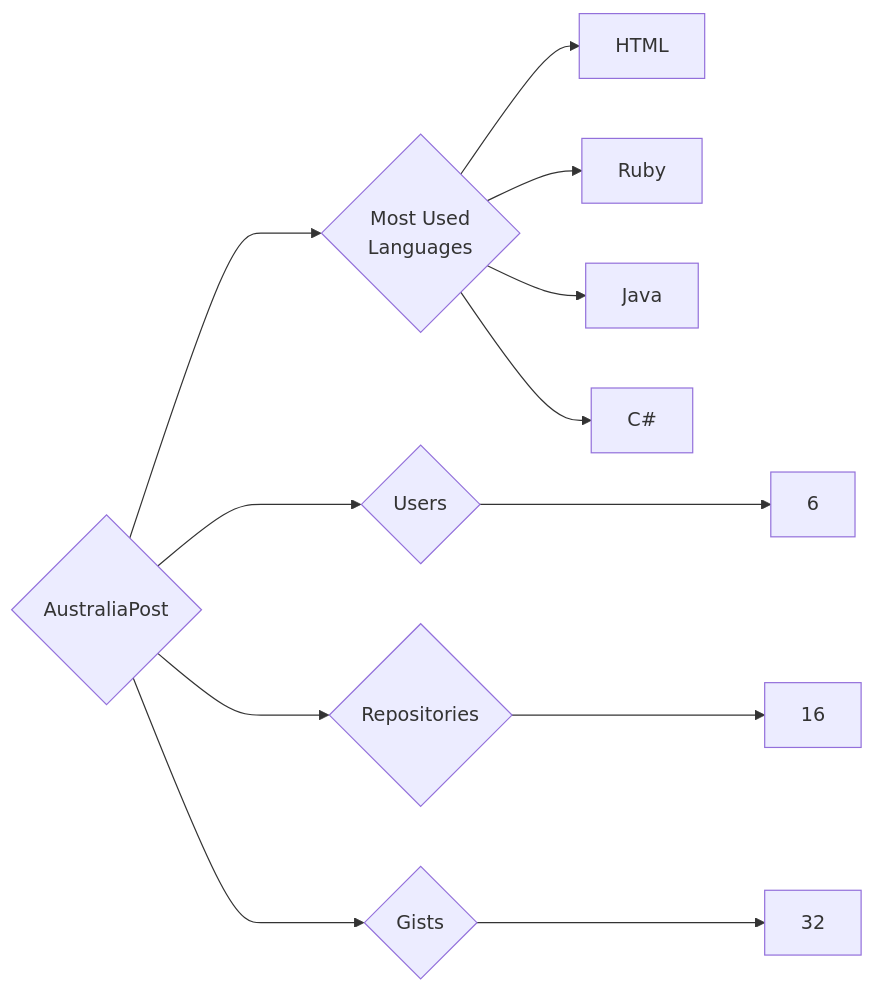
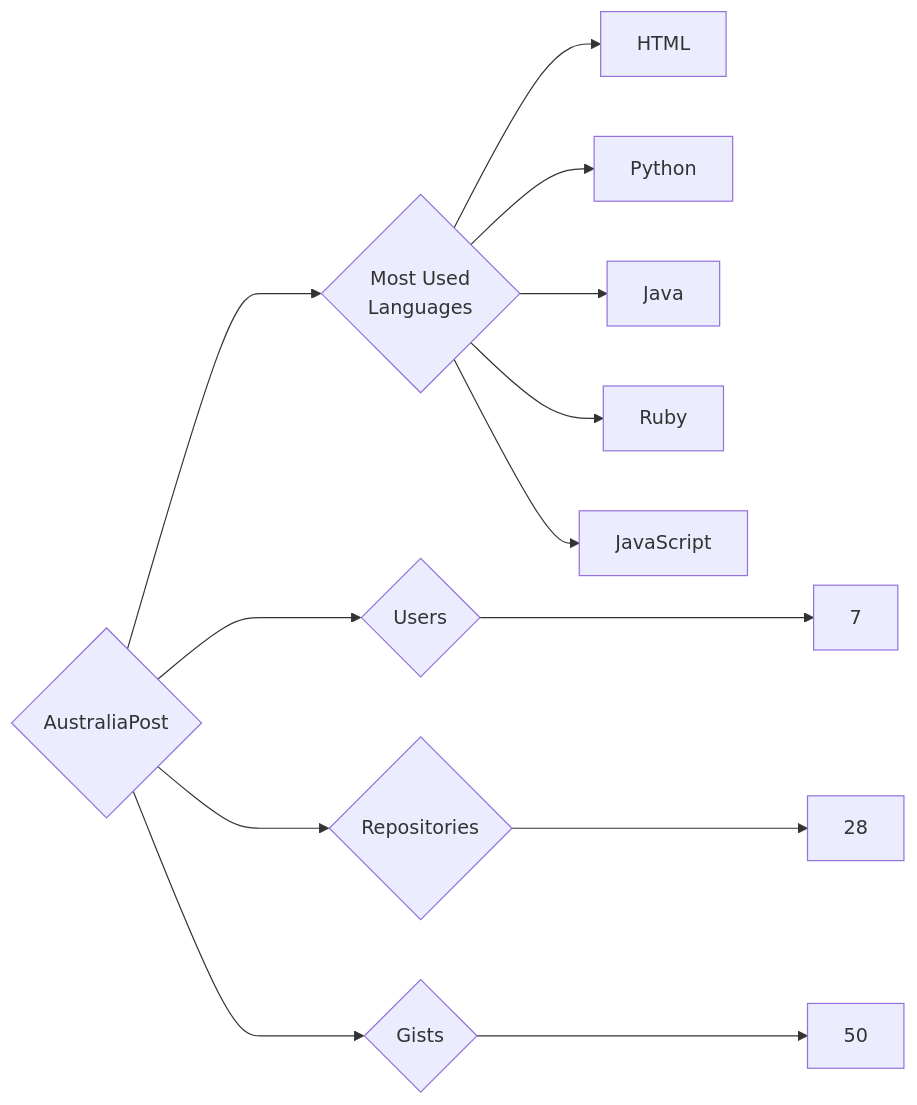
The diagram in targets/AustraliaPost/README.md (trickest/insiders), drawn with Mermaid before and after one commit. The commit also changed 1023 other files, not shown here.

````diff
--- a/targets/AustraliaPost/README.md
+++ b/targets/AustraliaPost/README.md
@@ -3,12 +3,13 @@
 ```mermaid
 graph LR
 COMPANY_NAME{AustraliaPost}
-COMPANY_NAME ---> U{Users} ---> UN[6]
-COMPANY_NAME ---> R{Repositories} ---> RN[16]
-COMPANY_NAME ---> G{Gists} ---> GN[32]
+COMPANY_NAME ---> U{Users} ---> UN[7]
+COMPANY_NAME ---> R{Repositories} ---> RN[28]
+COMPANY_NAME ---> G{Gists} ---> GN[50]
 COMPANY_NAME ---> ML{Most Used<br>Languages}
 ML --> HTML[HTML]
+ML --> Python[Python]
+ML --> Java[Java]
 ML --> Ruby[Ruby]
-ML --> Java[Java]
-ML --> C#[C#]
+ML --> JavaScript[JavaScript]
 ```
````
